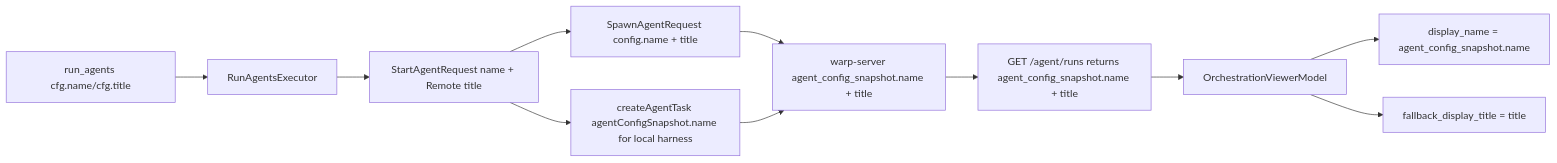
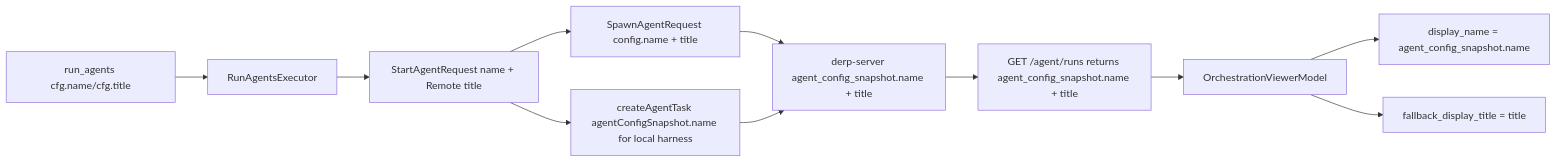
The diagram in specs/QUALITY-731/TECH.md (antikrust/krust-terminal), drawn with Mermaid before and after one commit. The commit also changed other lines of this file and 9069 other files, not shown here.

First line of the commit message:
Rebrand Warp -> Derp; vendor and disconnect all external deps

````diff
--- a/specs/QUALITY-731/TECH.md
+++ b/specs/QUALITY-731/TECH.md
@@ -50,13 +50,13 @@
 ```mermaid
 flowchart LR
     A[run_agents cfg.name/cfg.title] --> B[RunAgentsExecutor]
     B --> C[StartAgentRequest name + Remote title]
     C --> D[SpawnAgentRequest config.name + title]
     C --> E[createAgentTask agentConfigSnapshot.name for local harness]
-    D --> F[warp-server agent_config_snapshot.name + title]
+    D --> F[derp-server agent_config_snapshot.name + title]
     E --> F
     F --> G[GET /agent/runs returns agent_config_snapshot.name + title]
     G --> H[OrchestrationViewerModel]
     H --> I[display_name = agent_config_snapshot.name]
     H --> J[fallback_display_title = title]
 ```
````
